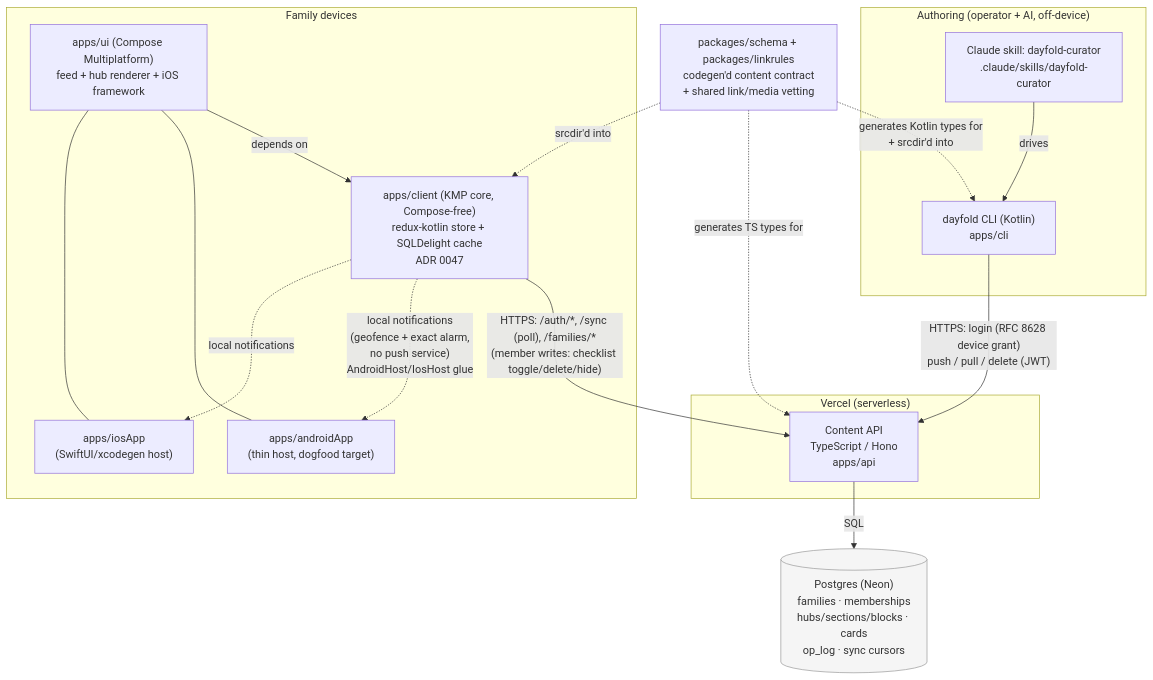
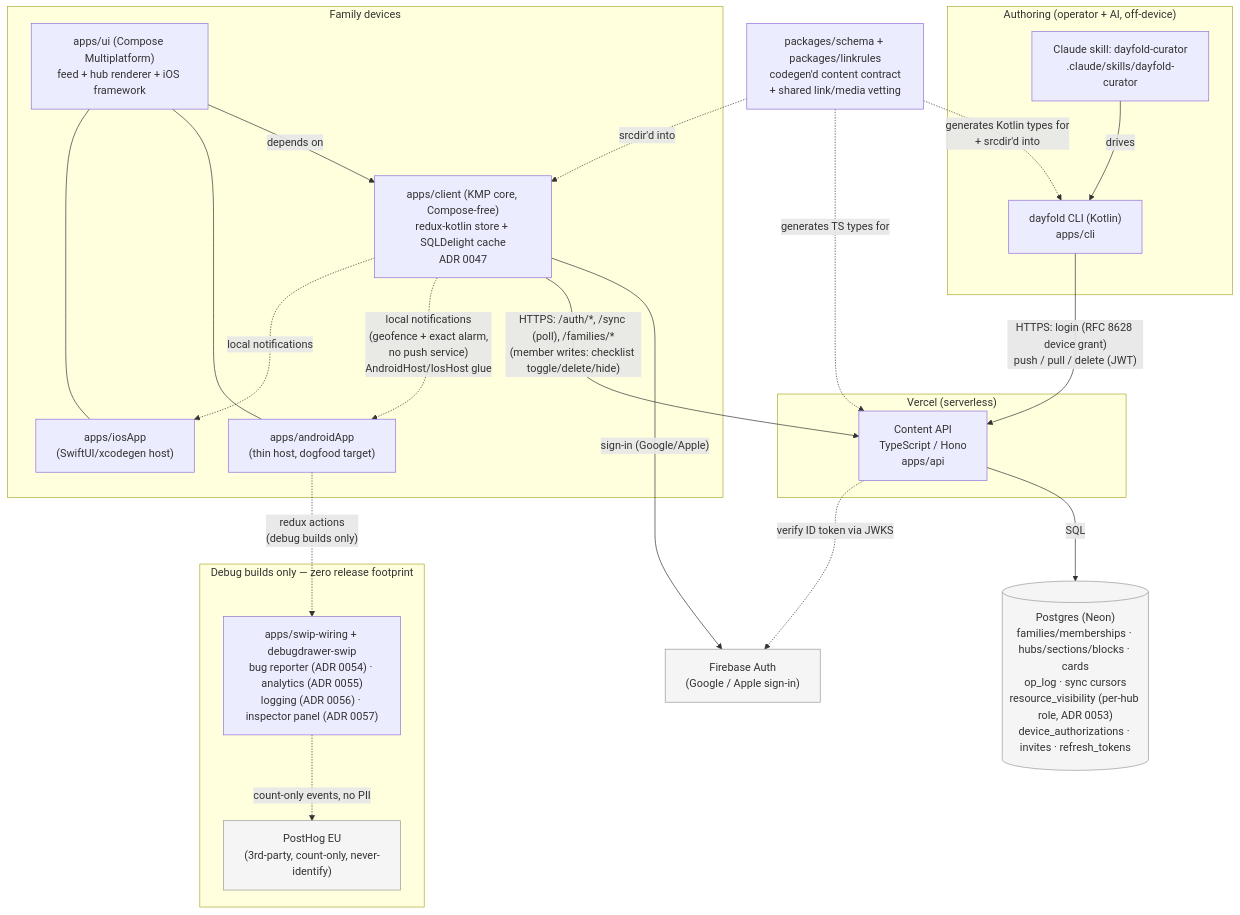
The diagram in docs/architecture.md (SloopWorks/dayfold), drawn with Mermaid before and after one commit. The commit also changed 6 other files, not shown here.

````diff
--- a/docs/architecture.md
+++ b/docs/architecture.md
@@ -10,38 +10,49 @@
 ```mermaid
 flowchart TB
     subgraph Authoring["Authoring (operator + AI, off-device)"]
         CLI["dayfold CLI (Kotlin)\napps/cli"]
         Skill["Claude skill: dayfold-curator\n.claude/skills/dayfold-curator"]
         Skill -- "drives" --> CLI
     end
 
+    IdP["Firebase Auth\n(Google / Apple sign-in)"]
+
     subgraph Cloud["Vercel (serverless)"]
         API["Content API\nTypeScript / Hono\napps/api"]
     end
 
-    DB[("Postgres (Neon)\nfamilies · memberships\nhubs/sections/blocks · cards\nop_log · sync cursors")]
+    DB[("Postgres (Neon)\nfamilies/memberships · hubs/sections/blocks · cards\nop_log · sync cursors\nresource_visibility (per-hub role, ADR 0053)\ndevice_authorizations · invites · refresh_tokens")]
 
     subgraph Devices["Family devices"]
         Core["apps/client (KMP core, Compose-free)\nredux-kotlin store + SQLDelight cache\nADR 0047"]
         UI["apps/ui (Compose Multiplatform)\nfeed + hub renderer + iOS framework"]
         AndroidHost["apps/androidApp\n(thin host, dogfood target)"]
         IosHost["apps/iosApp\n(SwiftUI/xcodegen host)"]
         UI -- "depends on" --> Core
         UI --- AndroidHost
         UI --- IosHost
     end
 
+    subgraph Debug["Debug builds only — zero release footprint"]
+        Analytics["apps/swip-wiring + debugdrawer-swip\nbug reporter (ADR 0054) · analytics (ADR 0055)\nlogging (ADR 0056) · inspector panel (ADR 0057)"]
+        PostHog["PostHog EU\n(3rd-party, count-only, never-identify)"]
+        Analytics -. "count-only events, no PII" .-> PostHog
+    end
+
     Shared["packages/schema + packages/linkrules\ncodegen'd content contract\n+ shared link/media vetting"]
 
     CLI -- "HTTPS: login (RFC 8628 device grant)\npush / pull / delete (JWT)" --> API
     API -- "SQL" --> DB
+    Core -- "sign-in (Google/Apple)" --> IdP
+    API -. "verify ID token via JWKS" .-> IdP
     Core -- "HTTPS: /auth/*, /sync (poll), /families/*\n(member writes: checklist toggle/delete/hide)" --> API
     Core -. "local notifications\n(geofence + exact alarm,\nno push service)\nAndroidHost/IosHost glue" .-> AndroidHost
     Core -. "local notifications" .-> IosHost
+    AndroidHost -. "redux actions\n(debug builds only)" .-> Analytics
     Shared -. "generates TS types for" .-> API
     Shared -. "generates Kotlin types for\n+ srcdir'd into" .-> CLI
     Shared -. "srcdir'd into" .-> Core
 
     classDef ext fill:#f5f5f5,stroke:#999,color:#333;
-    class DB ext;
+    class DB,IdP,PostHog ext;
 ```
````
